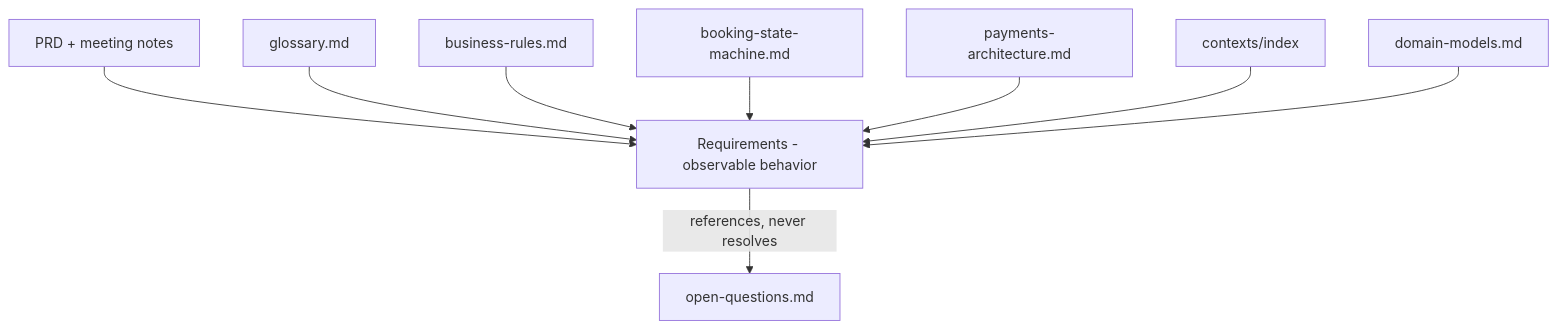
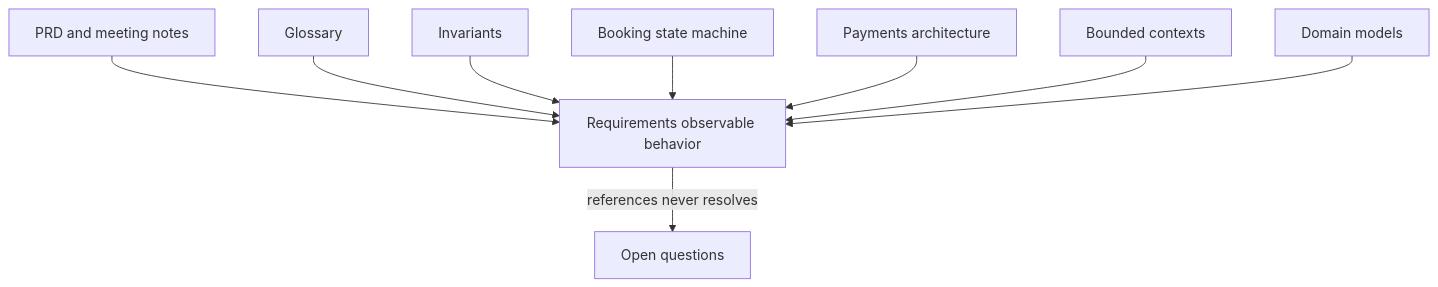
The diagram in docs/70-79-business/72-requirements/index.md (markmamba/redcab-docs), drawn with Mermaid before and after one commit. The commit also changed other lines of this file and 51 other files, not shown here.

First line of the commit message:
docs(domains): normalize links, Mermaid leads, and navigation labels

````diff
--- a/docs/70-79-business/72-requirements/index.md
+++ b/docs/70-79-business/72-requirements/index.md
@@ -130,11 +132,11 @@
 ```mermaid
 graph TD
-  PRD[PRD + meeting notes] --> REQ[Requirements - observable behavior]
-  Glossary[glossary.md] --> REQ
-  Rules[business-rules.md] --> REQ
-  SM[booking-state-machine.md] --> REQ
-  Pay[payments-architecture.md] --> REQ
-  BC[contexts/index] --> REQ
-  DM[domain-models.md] --> REQ
-  REQ -->|references, never resolves| AMB[open-questions.md]
+  PRD[PRD and meeting notes] --> REQ[Requirements observable behavior]
+  Glossary[Glossary] --> REQ
+  Rules[Invariants] --> REQ
+  SM[Booking state machine] --> REQ
+  Pay[Payments architecture] --> REQ
+  BC[Bounded contexts] --> REQ
+  DM[Domain models] --> REQ
+  REQ -->|references never resolves| AMB[Open questions]
 ```
````
